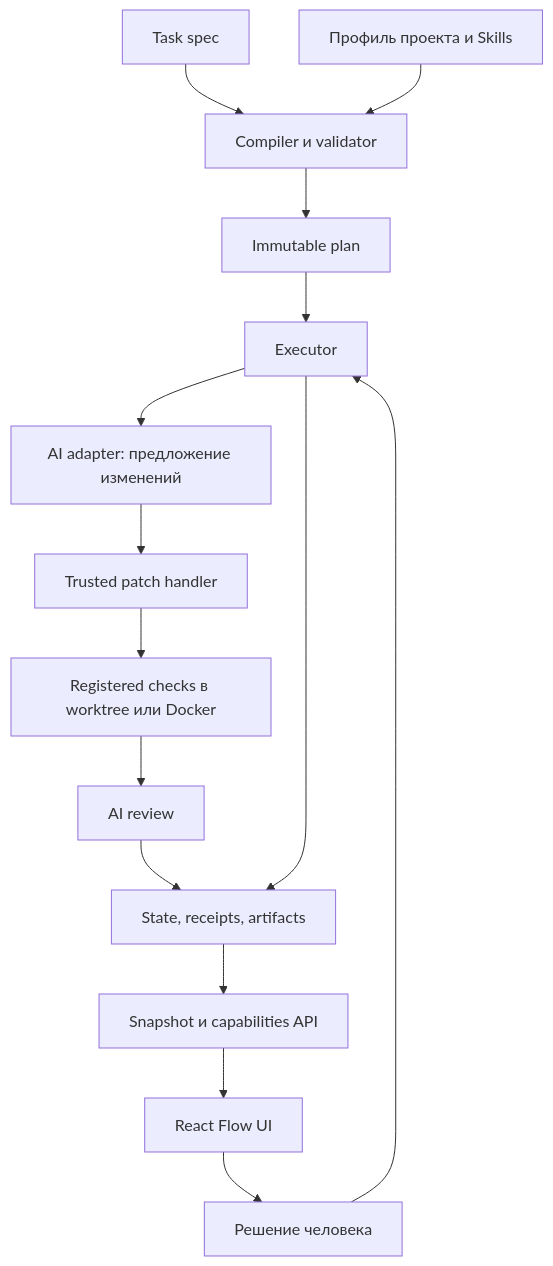
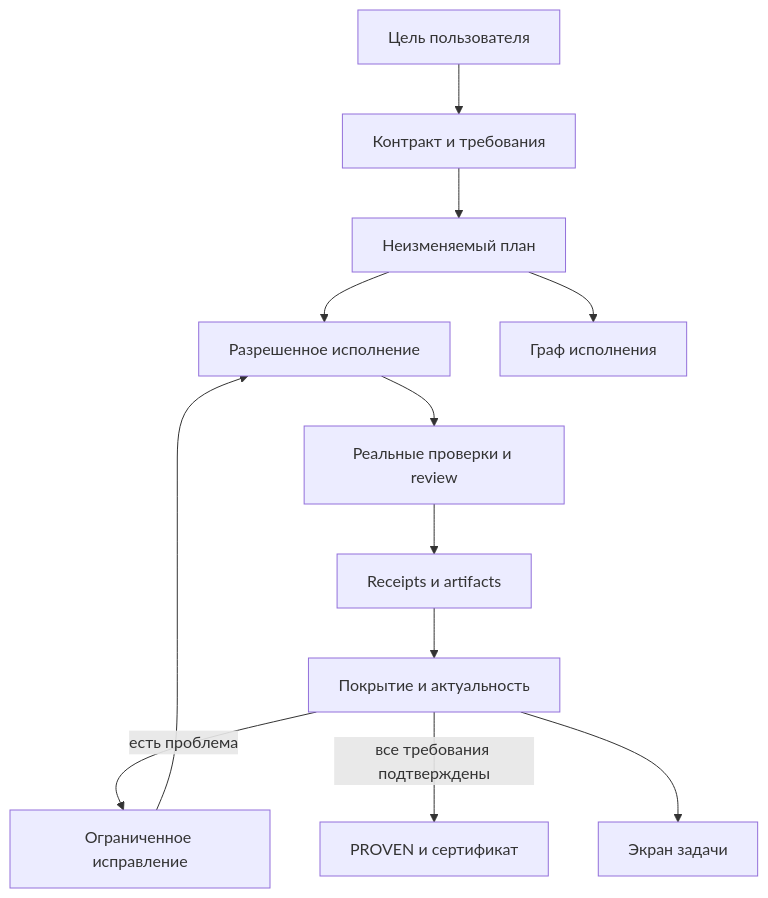
One commit to IgorBabikov/Flowcairn changed the diagram in docs/ARCHITECTURE.md. Above: the diagram before and after it, drawn with Mermaid. The commit also changed other lines of this file and 141 other files, not shown here.

First line of the commit message:
Сделать Flowcairn системой проверяемого выполнения задач

````diff
--- a/docs/ARCHITECTURE.md
+++ b/docs/ARCHITECTURE.md
@@ -5,17 +5,14 @@
 ```mermaid
 flowchart TD
-  T[Task spec] --> C[Compiler и validator]
-  P[Профиль проекта и Skills] --> C
-  C --> I[Immutable plan]
-  I --> E[Executor]
-  H[Решение человека] --> E
-  E --> A[AI adapter: предложение изменений]
-  A --> W[Trusted patch handler]
-  W --> K[Registered checks в worktree или Docker]
-  K --> R[AI review]
-  R --> S[State, receipts, artifacts]
-  E --> S
-  S --> API[Snapshot и capabilities API]
-  API --> UI[React Flow UI]
-  UI --> H
+  Goal[Цель пользователя] --> Contract[Контракт и требования]
+  Contract --> Plan[Неизменяемый план]
+  Plan --> Execution[Разрешенное исполнение]
+  Execution --> Verification[Реальные проверки и review]
+  Verification --> Evidence[Receipts и artifacts]
+  Evidence --> Proof[Покрытие и актуальность]
+  Proof -->|есть проблема| Repair[Ограниченное исправление]
+  Repair --> Execution
+  Proof -->|все требования подтверждены| Proven[PROVEN и сертификат]
+  Proof --> Cockpit[Экран задачи]
+  Plan --> Graph[Граф исполнения]
 ```
````
